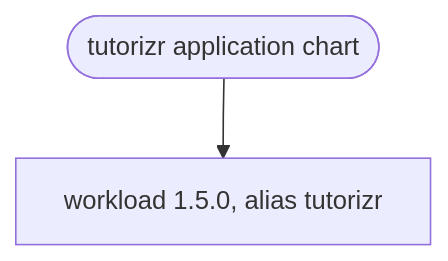
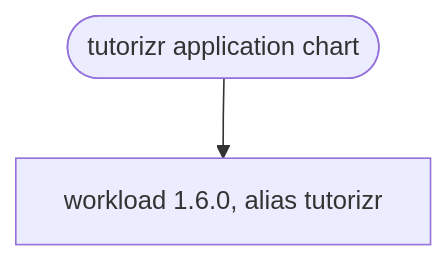
Before and after one commit to f2calv/tutorizr: the diagram in charts/tutorizr/README.md, drawn with Mermaid. The commit also changed other lines of this file and 1 other file, not shown here.

First line of the commit message:
docs(charts): align release installation and dependency guidance

````diff
--- a/charts/tutorizr/README.md
+++ b/charts/tutorizr/README.md
@@ -71,4 +78,4 @@
 ```mermaid
 graph TD
-    Tutor([tutorizr application chart]) --> Workload[workload 1.5.0, alias tutorizr]
+    Tutor([tutorizr application chart]) --> Workload[workload 1.6.0, alias tutorizr]
 ```
````
